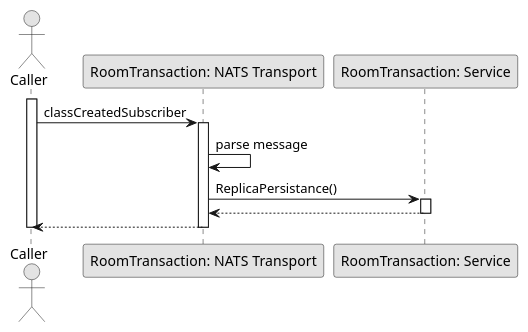
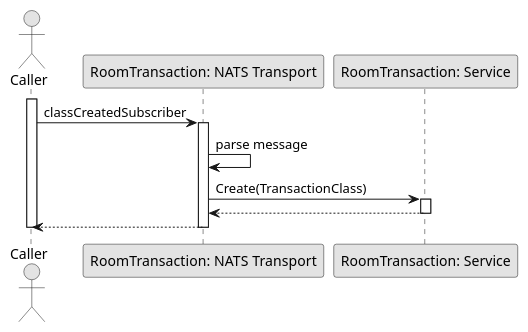
Before and after one commit to fwidjaya20/fazzlearning-uml: the diagram in Sequence/Release02/TRANSACTION_SubscribeClassCreated.wsd, drawn with PlantUML. The commit also changed 4 other files, not shown here.

```diff
--- a/Sequence/Release02/TRANSACTION_SubscribeClassCreated.wsd
+++ b/Sequence/Release02/TRANSACTION_SubscribeClassCreated.wsd
@@ -1,25 +1,25 @@
 @startuml SubscribeClassCreated
 
 skinparam ConditionStyle hline
 skinparam Monochrome true
 skinparam Shadowing false
 
 actor Caller
 participant "RoomTransaction: NATS Transport" as RoomTransactionNATSTransport
 participant "RoomTransaction: Service" as RoomTransactionService
 
 activate Caller
 
 Caller->RoomTransactionNATSTransport: classCreatedSubscriber
 activate RoomTransactionNATSTransport
 RoomTransactionNATSTransport->RoomTransactionNATSTransport: parse message
-RoomTransactionNATSTransport->RoomTransactionService: ReplicaPersistance()
+RoomTransactionNATSTransport->RoomTransactionService: Create(TransactionClass)
 activate RoomTransactionService
 RoomTransactionService-->RoomTransactionNATSTransport
 deactivate RoomTransactionService
 RoomTransactionNATSTransport-->Caller
 deactivate RoomTransactionNATSTransport
 
 deactivate Caller
 
 @enduml
```
